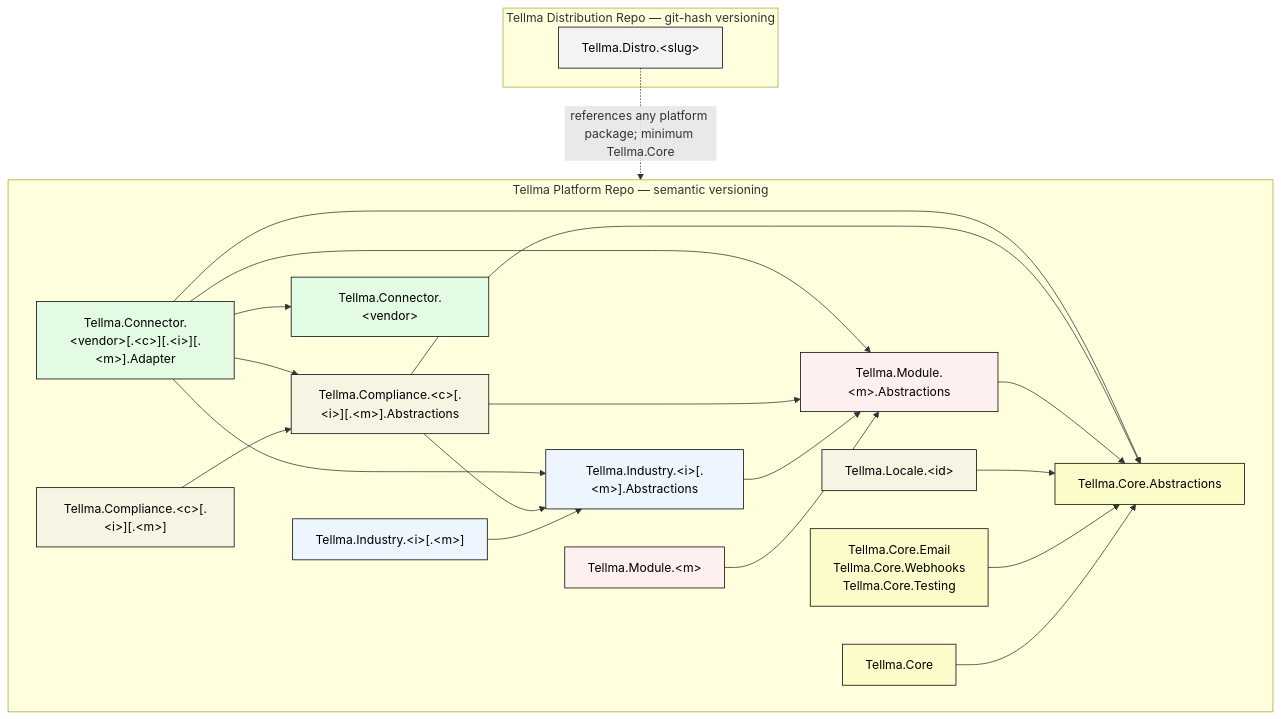
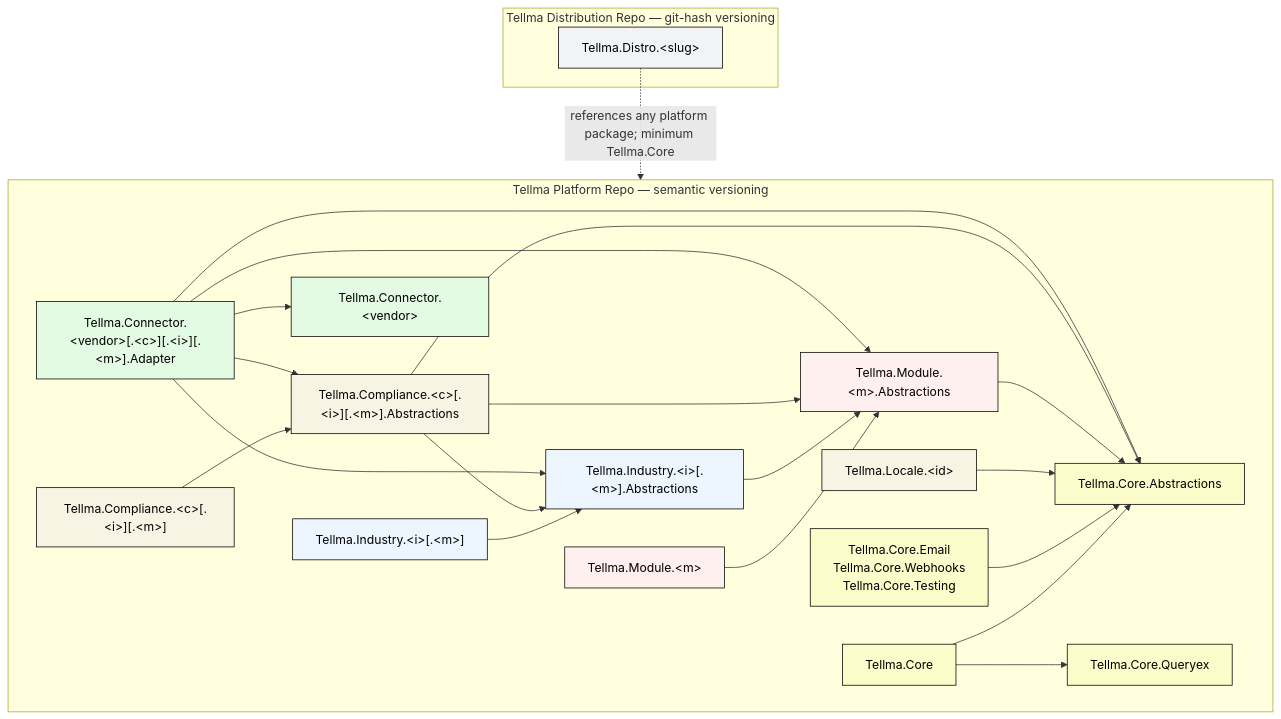
The second of 5 diagrams in ARCHITECTURE.md (tellma-ltd/tellma-platform), drawn with Mermaid before and after one commit. The commit also changed other lines of this file and 165 other files, not shown here.

````diff
--- a/ARCHITECTURE.md
+++ b/ARCHITECTURE.md
@@ -325,48 +329,50 @@
 ```mermaid
 flowchart TB
     classDef core fill:#fcfcca,stroke:#000,color:#000
     classDef module fill:#fff0f0,stroke:#000,color:#000
     classDef locale fill:#f7f4e4,stroke:#000,color:#000
     classDef industry fill:#edf5ff,stroke:#000,color:#000
     classDef compliance fill:#f7f4e4,stroke:#000,color:#000
     classDef connector fill:#e3fae3,stroke:#000,color:#000
     classDef distro fill:#f2f3f5,stroke:#000,color:#000
 
     subgraph PLATFORM["Tellma Platform Repo — semantic versioning"]
         CoreAbs["Tellma.Core.Abstractions"]:::core
         Core["Tellma.Core"]:::core
         CoreOptional["Tellma.Core.Email<br/>Tellma.Core.Webhooks<br/>Tellma.Core.Testing"]:::core
+        Queryex["Tellma.Core.Queryex"]:::core
         ModuleAbs["Tellma.Module.&lt;m&gt;.Abstractions"]:::module
         Module["Tellma.Module.&lt;m&gt;"]:::module
         Locale["Tellma.Locale.&lt;id&gt;"]:::locale
         IndustryAbs["Tellma.Industry.&lt;i&gt;[.&lt;m&gt;].Abstractions"]:::industry
         Industry["Tellma.Industry.&lt;i&gt;[.&lt;m&gt;]"]:::industry
         ComplianceAbs["Tellma.Compliance.&lt;c&gt;[.&lt;i&gt;][.&lt;m&gt;].Abstractions"]:::compliance
         Compliance["Tellma.Compliance.&lt;c&gt;[.&lt;i&gt;][.&lt;m&gt;]"]:::compliance
         Connector["Tellma.Connector.&lt;vendor&gt;"]:::connector
         Adapter["Tellma.Connector.&lt;vendor&gt;[.&lt;c&gt;][.&lt;i&gt;][.&lt;m&gt;].Adapter"]:::connector
 
         Core --> CoreAbs
+        Core --> Queryex
         CoreOptional --> CoreAbs
         Locale --> CoreAbs
         Module --> ModuleAbs
         ModuleAbs --> CoreAbs
         Industry --> IndustryAbs
         IndustryAbs --> ModuleAbs
         Compliance --> ComplianceAbs
         ComplianceAbs --> CoreAbs
         ComplianceAbs --> ModuleAbs
         ComplianceAbs --> IndustryAbs
         Adapter --> Connector
         Adapter --> CoreAbs
         Adapter --> ModuleAbs
         Adapter --> IndustryAbs
         Adapter --> ComplianceAbs
     end
 
     subgraph DIST["Tellma Distribution Repo — git-hash versioning"]
         Distro["Tellma.Distro.&lt;slug&gt;"]:::distro
     end
 
     Distro -.->|references any platform package; minimum Tellma.Core| PLATFORM
 ```
````
